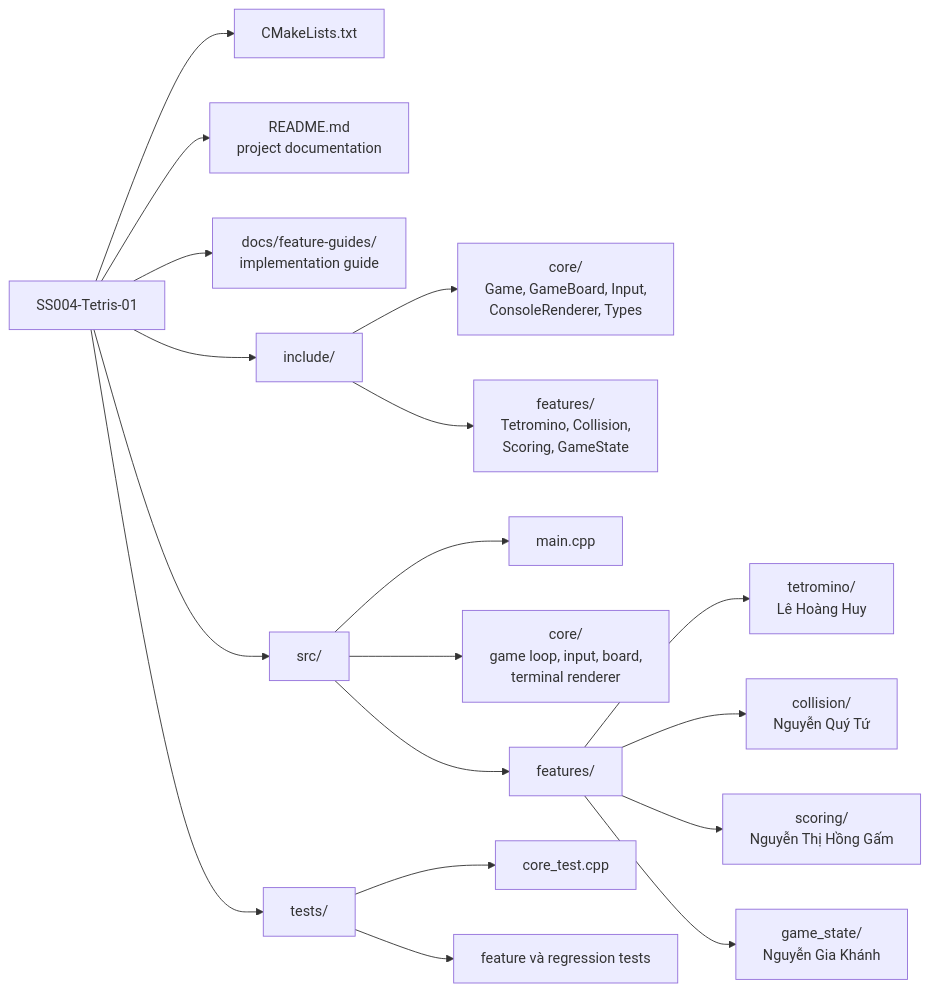
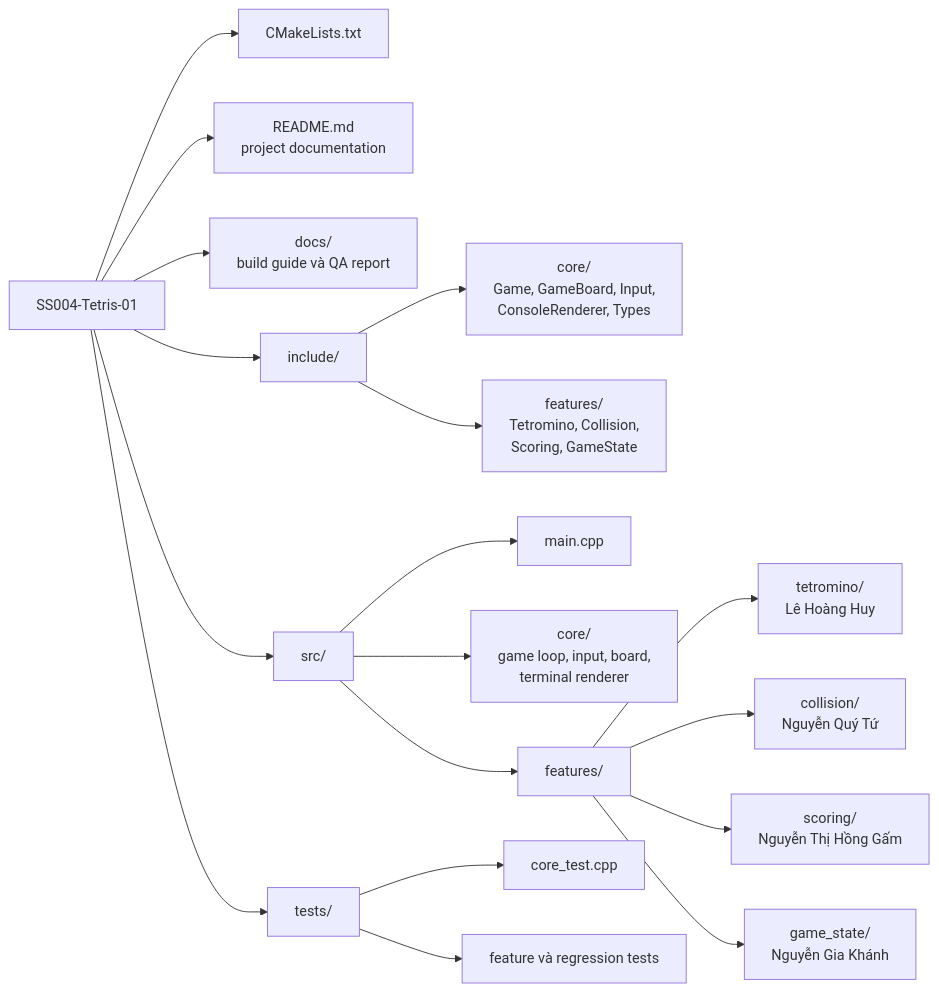
One commit to UIT-nhom-01/SS004-Tetris-01 changed the fourth of 5 diagrams in README.md. Above: the diagram before and after it, drawn with Mermaid. The commit also changed other lines of this file and 3 other files, not shown here.

````diff
--- a/README.md
+++ b/README.md
@@ -371,24 +348,24 @@
 ```mermaid
 flowchart LR
     Repo["SS004-Tetris-01"] --> Build["CMakeLists.txt"]
     Repo --> Readme["README.md<br/>project documentation"]
-    Repo --> Docs["docs/feature-guides/<br/>implementation guide"]
+    Repo --> Docs["docs/<br/>build guide và QA report"]
     Repo --> Include["include/"]
     Repo --> Source["src/"]
     Repo --> Tests["tests/"]
 
     Include --> CoreHeaders["core/<br/>Game, GameBoard, Input,<br/>ConsoleRenderer, Types"]
     Include --> FeatureHeaders["features/<br/>Tetromino, Collision,<br/>Scoring, GameState"]
 
     Source --> Entry["main.cpp"]
     Source --> CoreSource["core/<br/>game loop, input, board,<br/>terminal renderer"]
     Source --> FeatureSource["features/"]
 
     FeatureSource --> TetrominoDir["tetromino/<br/>Lê Hoàng Huy"]
     FeatureSource --> CollisionDir["collision/<br/>Nguyễn Quý Tứ"]
     FeatureSource --> ScoringDir["scoring/<br/>Nguyễn Thị Hồng Gấm"]
     FeatureSource --> StateDir["game_state/<br/>Nguyễn Gia Khánh"]
 
     Tests --> CoreTests["core_test.cpp"]
     Tests --> FeatureTests["feature và regression tests"]
 ```
````
